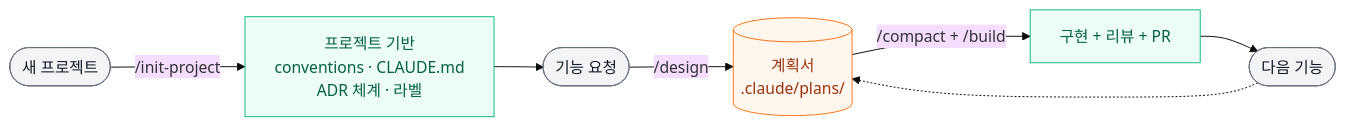
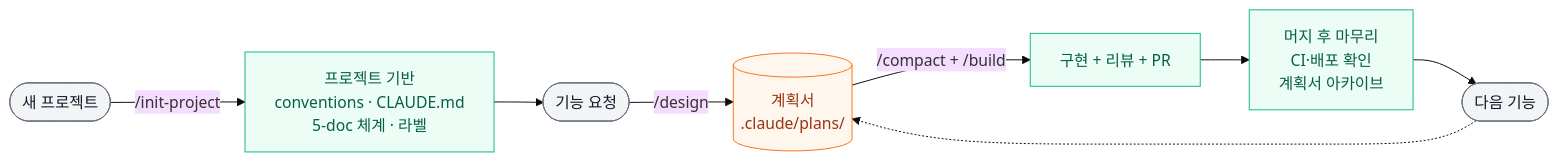
Before and after one commit to hyewon3938/build-with-ai: the first of 4 diagrams in workflow/skills-overview.md, drawn with Mermaid (base theme). The commit also changed other lines of this file and 3 other files, not shown here.

````diff
--- a/workflow/skills-overview.md
+++ b/workflow/skills-overview.md
@@ -17,17 +17,18 @@
 ```mermaid
 graph LR
-    NP([새 프로젝트]) -->|/init-project| IP[프로젝트 기반<br/>conventions · CLAUDE.md<br/>ADR 체계 · 라벨]
+    NP([새 프로젝트]) -->|/init-project| IP[프로젝트 기반<br/>conventions · CLAUDE.md<br/>5-doc 체계 · 라벨]
     IP --> RQ([기능 요청])
     RQ -->|/design| PL[(계획서<br/>.claude/plans/)]
     PL -->|/compact + /build| BD[구현 + 리뷰 + PR]
-    BD --> RQ2([다음 기능])
+    BD --> MW[머지 후 마무리<br/>CI·배포 확인<br/>계획서 아카이브]
+    MW --> RQ2([다음 기능])
     RQ2 -.-> PL
 
     classDef io fill:#f3f4f6,stroke:#6b7280,color:#111827
     classDef skill fill:#ecfdf5,stroke:#10b981,color:#065f46
     classDef artifact fill:#fff7ed,stroke:#f97316,color:#9a3412
 
     class NP,RQ,RQ2 io
-    class IP,BD skill
+    class IP,BD,MW skill
     class PL artifact
 ```
````
